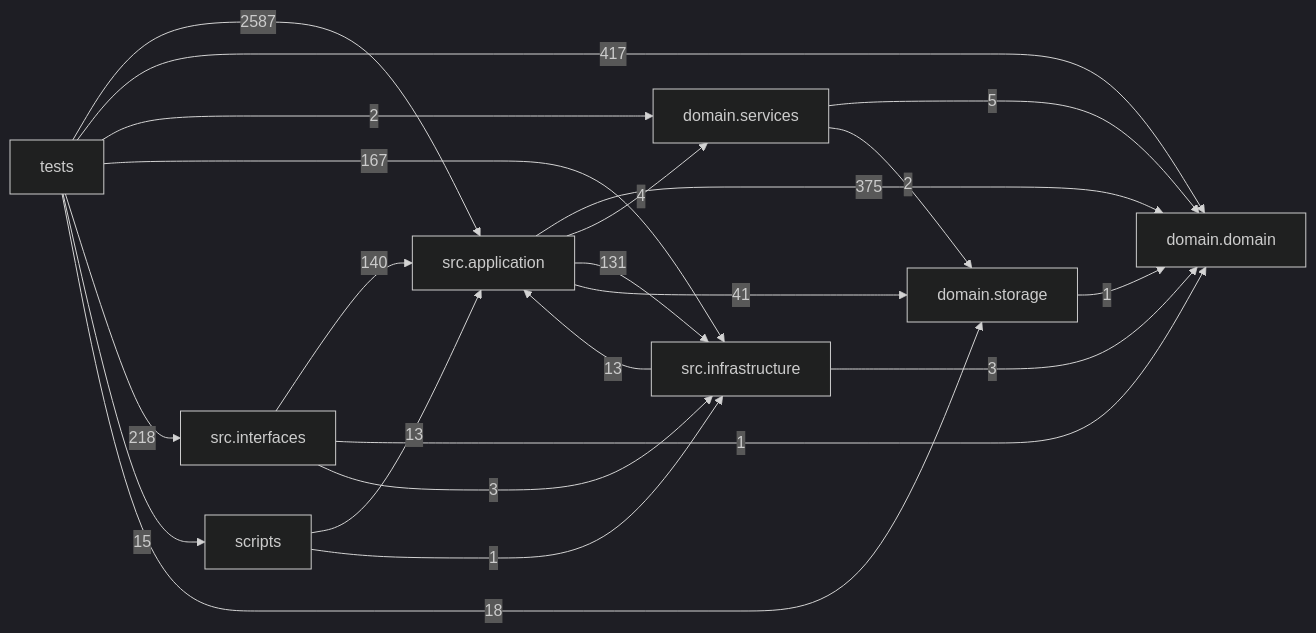
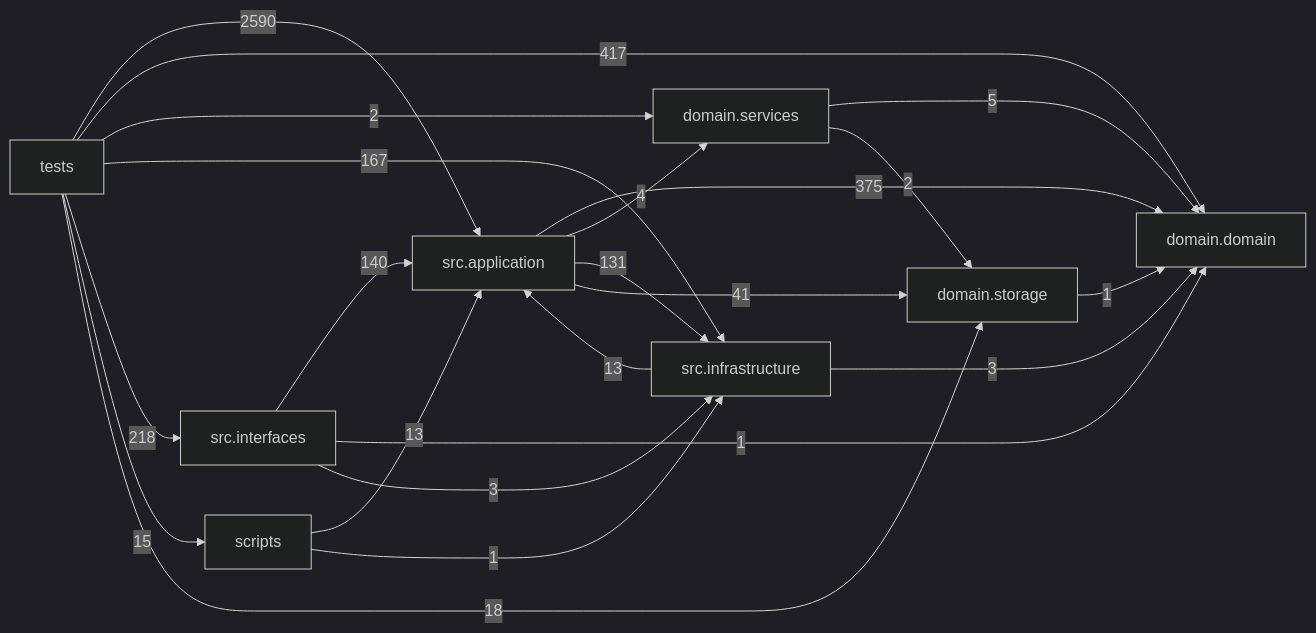
One commit to liuxie066/options-monitor changed the diagram in docs/DEPENDENCY_GRAPH.md. Above: the diagram before and after it, drawn with Mermaid (dark theme). The commit also changed other lines of this file and 7 other files, not shown here.

````diff
--- a/docs/DEPENDENCY_GRAPH.md
+++ b/docs/DEPENDENCY_GRAPH.md
@@ -24,32 +24,32 @@
 ```mermaid
 flowchart LR
   tests["tests"]
   scripts["scripts"]
   interfaces["src.interfaces"]
   application["src.application"]
   infrastructure["src.infrastructure"]
   domain_services["domain.services"]
   domain["domain.domain"]
   storage["domain.storage"]
   application -->|375| domain
   application -->|4| domain_services
   application -->|131| infrastructure
   application -->|41| storage
   domain_services -->|5| domain
   domain_services -->|2| storage
   infrastructure -->|13| application
   infrastructure -->|3| domain
   interfaces -->|140| application
   interfaces -->|1| domain
   interfaces -->|3| infrastructure
   scripts -->|13| application
   scripts -->|1| infrastructure
   storage -->|1| domain
-  tests -->|2587| application
+  tests -->|2590| application
   tests -->|417| domain
   tests -->|2| domain_services
   tests -->|167| infrastructure
   tests -->|218| interfaces
   tests -->|15| scripts
   tests -->|18| storage
 ```
````
